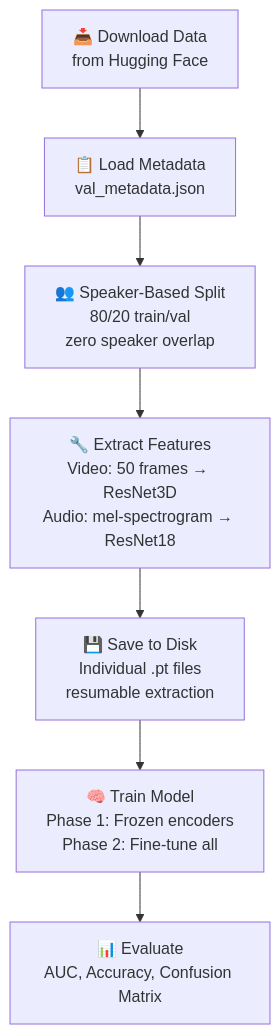
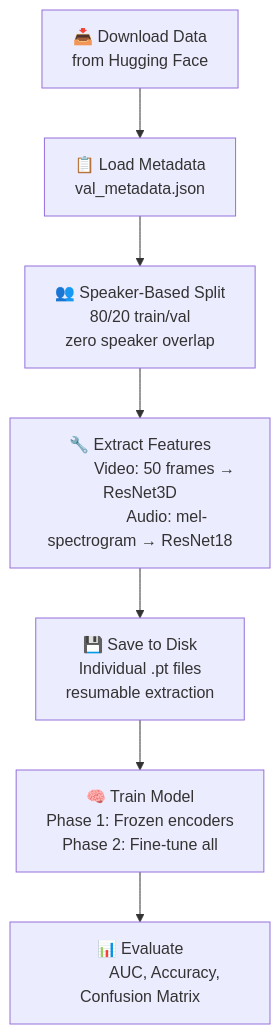
Before and after one commit to Jasmipreethi/Deepfake: the first of 2 diagrams in README.md, drawn with Mermaid.

Commit message:
Minor changes

````diff
--- a/README.md
+++ b/README.md
@@ -33,12 +33,19 @@
 ```mermaid
 flowchart TD
     A["📥 Download Data
       from Hugging Face"] --> B["📋 Load Metadata\nval_metadata.json"]
     B --> C["👥 Speaker-Based Split
             80/20 train/val
             zero speaker overlap"]
-    C --> D["🔧 Extract Features\nVideo: 50 frames → ResNet3D\nAudio: mel-spectrogram → ResNet18"]
-    D --> E["💾 Save to Disk\nIndividual .pt files\nresumable extraction"]
-    E --> F["🧠 Train Model\nPhase 1: Frozen encoders\nPhase 2: Fine-tune all"]
-    F --> G["📊 Evaluate\nAUC, Accuracy, Confusion Matrix"]
+    C --> D["🔧 Extract Features
+            Video: 50 frames → ResNet3D
+            Audio: mel-spectrogram → ResNet18"]
+    D --> E["💾 Save to Disk
+            Individual .pt files
+            resumable extraction"]
+    E --> F["🧠 Train Model
+            Phase 1: Frozen encoders
+            Phase 2: Fine-tune all"]
+    F --> G["📊 Evaluate
+            AUC, Accuracy, Confusion Matrix"]
 ```
````
